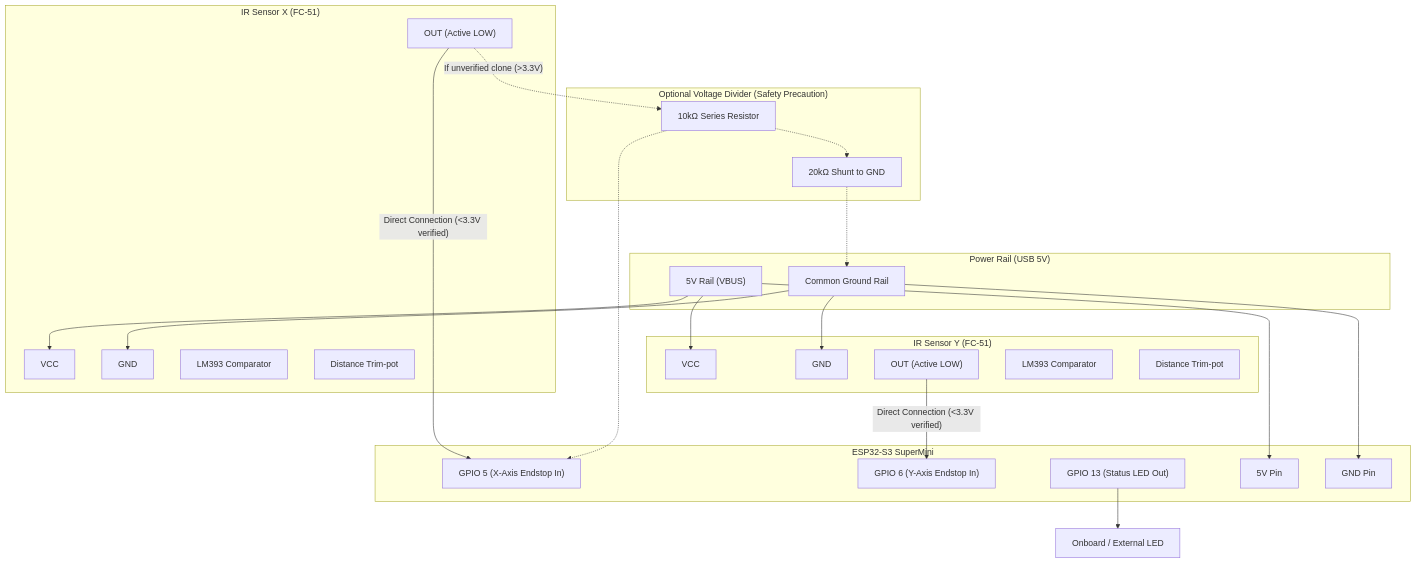
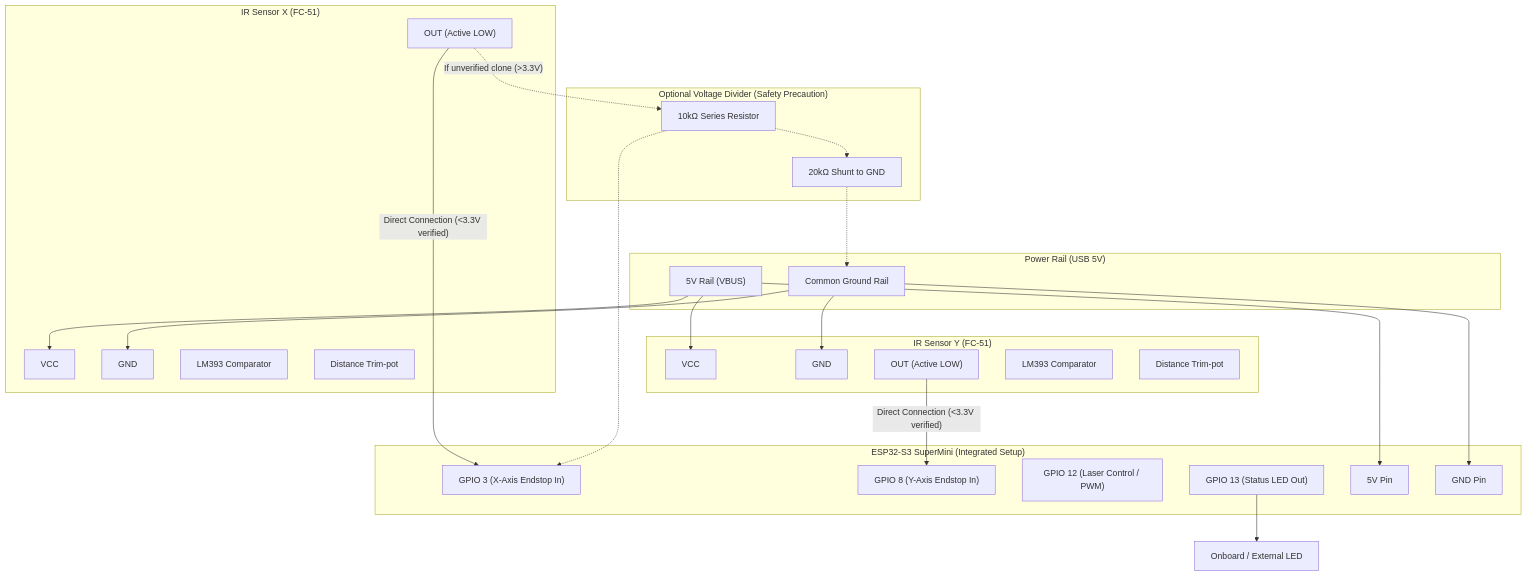
Before and after one commit to mushfiqbinmusa-ops/Laser_Engraver: the first of 2 diagrams in ir_sensor_test/TESTING_GUIDE.md, drawn with Mermaid. The commit also changed other lines of this file and 52 other files, not shown here.

````diff
--- a/ir_sensor_test/TESTING_GUIDE.md
+++ b/ir_sensor_test/TESTING_GUIDE.md
@@ -93,54 +98,55 @@
 ```mermaid
 flowchart TD
     subgraph Power["Power Rail (USB 5V)"]
         USB5V["5V Rail (VBUS)"]
         GNDRail["Common Ground Rail"]
     end
 
-    subgraph ESP["ESP32-S3 SuperMini"]
-        GPIO5["GPIO 5 (X-Axis Endstop In)"]
-        GPIO6["GPIO 6 (Y-Axis Endstop In)"]
+    subgraph ESP["ESP32-S3 SuperMini (Integrated Setup)"]
+        GPIO3["GPIO 3 (X-Axis Endstop In)"]
+        GPIO8["GPIO 8 (Y-Axis Endstop In)"]
+        GPIO12["GPIO 12 (Laser Control / PWM)"]
         GPIO13["GPIO 13 (Status LED Out)"]
         ESP_5V["5V Pin"]
         ESP_GND["GND Pin"]
     end
 
     subgraph SensorX["IR Sensor X (FC-51)"]
         SX_VCC["VCC"]
         SX_GND["GND"]
         SX_OUT["OUT (Active LOW)"]
         SX_LM393["LM393 Comparator"]
         SX_POT["Distance Trim-pot"]
     end
 
     subgraph SensorY["IR Sensor Y (FC-51)"]
         SY_VCC["VCC"]
         SY_GND["GND"]
         SY_OUT["OUT (Active LOW)"]
         SY_LM393["LM393 Comparator"]
         SY_POT["Distance Trim-pot"]
     end
 
     subgraph OptionalSafety["Optional Voltage Divider (Safety Precaution)"]
         R1["10kΩ Series Resistor"]
         R2["20kΩ Shunt to GND"]
     end
 
     USB5V --> ESP_5V
     USB5V --> SX_VCC
     USB5V --> SY_VCC
 
     GNDRail --> ESP_GND
     GNDRail --> SX_GND
     GNDRail --> SY_GND
 
-    SX_OUT -->|"Direct Connection (<3.3V verified)"| GPIO5
-    SY_OUT -->|"Direct Connection (<3.3V verified)"| GPIO6
+    SX_OUT -->|"Direct Connection (<3.3V verified)"| GPIO3
+    SY_OUT -->|"Direct Connection (<3.3V verified)"| GPIO8
 
     SX_OUT -.->|"If unverified clone (>3.3V)"| R1
-    R1 -.-> GPIO5
+    R1 -.-> GPIO3
     R1 -.-> R2
     R2 -.-> GNDRail
 
     GPIO13 --> StatusLED["Onboard / External LED"]
 ```
````
